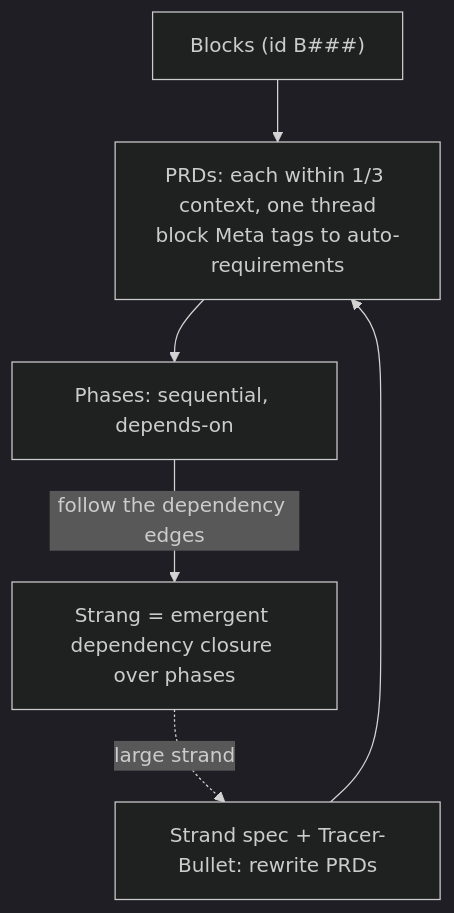
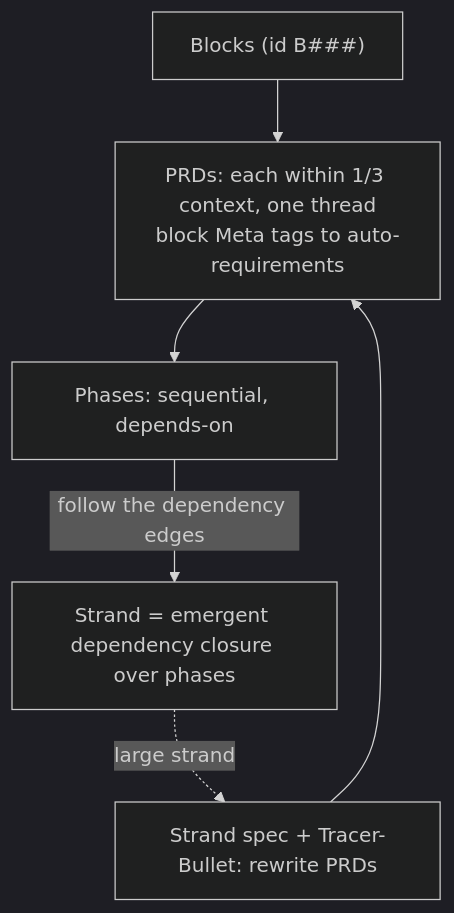
The third of 4 diagrams in generated/docs-payload/30-primitives.md (Memo-Init/spec), drawn with Mermaid (dark theme) before and after one commit. The commit also changed other lines of this file and 38 other files, not shown here.

````diff
--- a/generated/docs-payload/30-primitives.md
+++ b/generated/docs-payload/30-primitives.md
@@ -142,8 +142,8 @@
 ```mermaid
 flowchart TD
     BL["Blocks (id B###)"] --> PRD["PRDs: each within 1/3 context, one thread<br/>block Meta tags to auto-requirements"]
     PRD --> PH["Phases: sequential, depends-on"]
-    PH -->|follow the dependency edges| STR["Strang = emergent dependency closure over phases"]
+    PH -->|follow the dependency edges| STR["Strand = emergent dependency closure over phases"]
     STR -. large strand .-> TB["Strand spec + Tracer-Bullet: rewrite PRDs"]
     TB --> PRD
 ```
````
